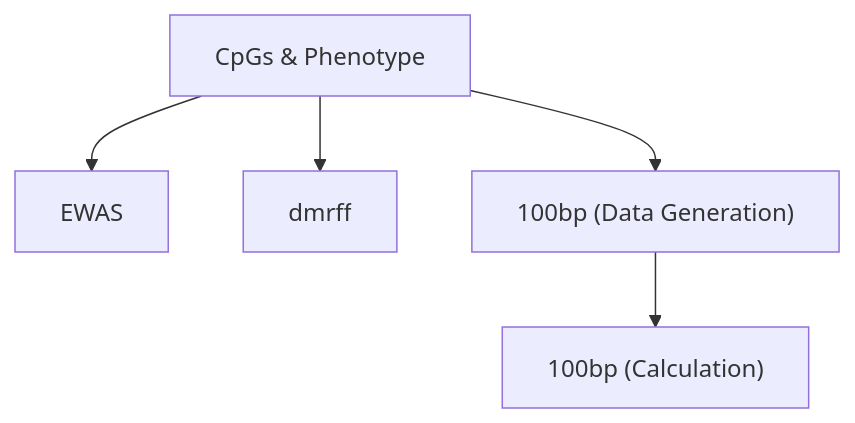
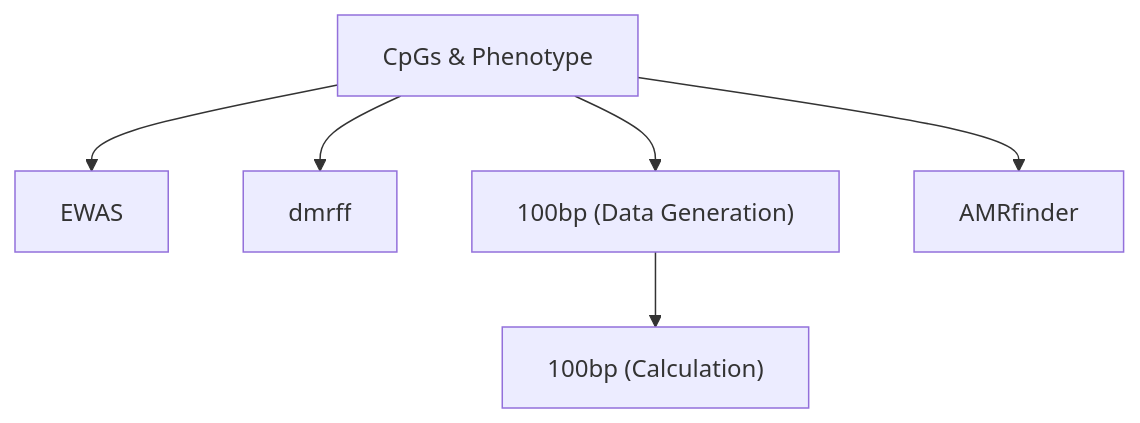
The diagram in README.md (CORRS-LAB/AMRSfinder), drawn with Mermaid before and after one commit. The commit also changed other lines of this file and 12 other files, not shown here.

````diff
--- a/README.md
+++ b/README.md
@@ -66,8 +71,8 @@
 ```mermaid
-
 graph TD;
   A["CpGs & Phenotype"] --> B[EWAS]
   A --> C[dmrff]
   A --> D["100bp (Data Generation)"]
   D --> E["100bp (Calculation)"]
+  A --> F["AMRfinder"]
 ```
````
